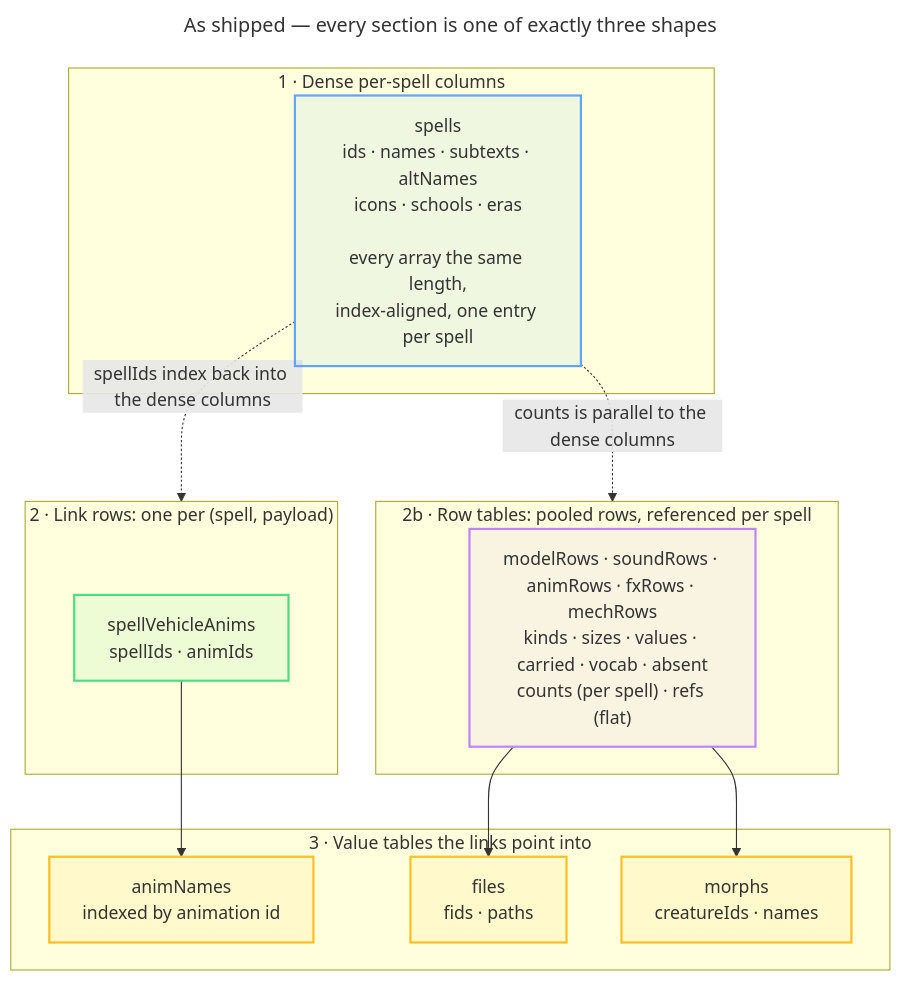
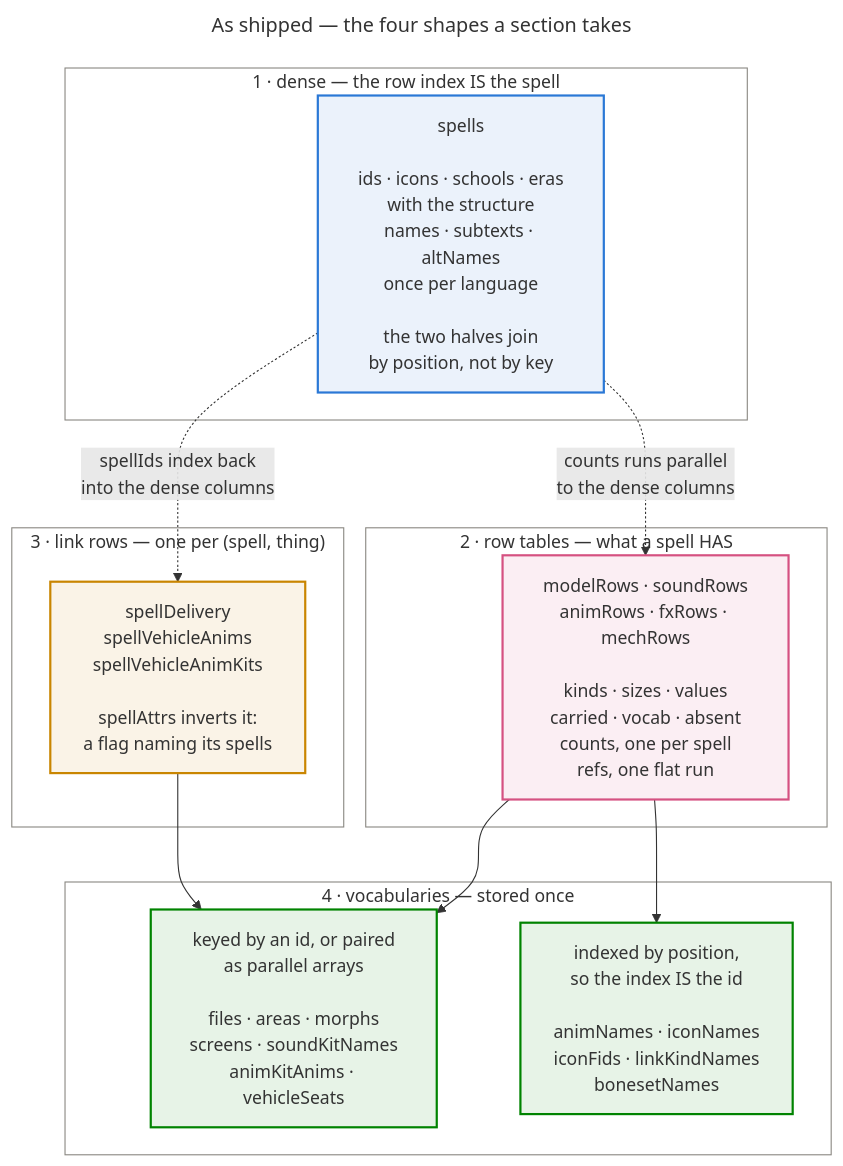
Before and after one commit to Natans8/Epsilook: the sixth of 12 diagrams in docs/DATA_ROUTES.md, drawn with Mermaid. The commit also changed other lines of this file, not shown here.

````diff
--- a/docs/DATA_ROUTES.md
+++ b/docs/DATA_ROUTES.md
@@ -428,41 +519,50 @@
 ```mermaid
 ---
-title: As shipped — every section is one of exactly three shapes
+title: As shipped — the four shapes a section takes
 ---
 flowchart TD
-    accTitle: The pack's three section shapes
+    accTitle: The pack's four section shapes
     accDescr {
-      Dense per-spell columns are indexed by spell. Link rows carry one row per spell and
-      payload, keyed back to the dense columns. Value tables hold a name or path once and are
-      pointed into by the link rows.
+      One dense section is indexed by spell, and it is split across modules so a language
+      is one file rather than a second copy of every id. Five row tables pool the distinct rows a
+      spell can have more than one of and reference them per spell. Four link sections carry one
+      row per spell and payload. Everything else is a vocabulary stored once and pointed into,
+      either keyed by an id or indexed by its own position.
     }
 
-    subgraph A["1 · Dense per-spell columns"]
-        A1["spells<br/>ids · names · subtexts · altNames<br/>icons · schools · eras<br/><br/>every array the same length,<br/>index-aligned, one entry per spell"]
+    subgraph A["1 · dense — the row index IS the spell"]
+        A1["spells<br/><br/>ids · icons · schools · eras<br/>with the structure<br/>names · subtexts · altNames<br/>once per language<br/><br/>the two halves join<br/>by position, not by key"]
     end
-    subgraph B["2 · Link rows: one per (spell, payload)"]
-        B1["spellVehicleAnims<br/>spellIds · animIds"]
+    subgraph R["2 · row tables — what a spell HAS"]
+        R1["modelRows · soundRows<br/>animRows · fxRows · mechRows<br/><br/>kinds · sizes · values<br/>carried · vocab · absent<br/>counts, one per spell<br/>refs, one flat run"]
     end
-    subgraph R["2b · Row tables: pooled rows, referenced per spell"]
-        R1["modelRows · soundRows · animRows · fxRows · mechRows<br/>kinds · sizes · values · carried · vocab · absent<br/>counts (per spell) · refs (flat)"]
+    subgraph B["3 · link rows — one per (spell, thing)"]
+        B1["spellDelivery<br/>spellVehicleAnims<br/>spellVehicleAnimKits<br/><br/>spellAttrs inverts it:<br/>a flag naming its spells"]
     end
-    subgraph C["3 · Value tables the links point into"]
-        C1["animNames<br/>indexed by animation id"]
-        C2["files<br/>fids · paths"]
-        C3["morphs<br/>creatureIds · names"]
+    subgraph C["4 · vocabularies — stored once"]
+        C1["keyed by an id, or paired<br/>as parallel arrays<br/><br/>files · areas · morphs<br/>screens · soundKitNames<br/>animKitAnims · vehicleSeats"]
+        C2["indexed by position,<br/>so the index IS the id<br/><br/>animNames · iconNames<br/>iconFids · linkKindNames<br/>bonesetNames"]
     end
-    A1 -. "spellIds index back into the dense columns" .-> B
-    A1 -. "counts is parallel to the dense columns" .-> R
+
+    A1 -."counts runs parallel<br/>to the dense columns".-> R1
+    A1 -."spellIds index back<br/>into the dense columns".-> B1
+    R1 --> C1
+    R1 --> C2
     B1 --> C1
-    R1 --> C2
-    R1 --> C3
 
-    classDef dense fill:#60a5fa18,stroke:#60a5fa,stroke-width:2px
-    classDef link fill:#4ade8018,stroke:#4ade80,stroke-width:2px
-    classDef value fill:#fbbf2418,stroke:#fbbf24,stroke-width:2px
-    classDef row fill:#c084fc18,stroke:#c084fc,stroke-width:2px
+    %% Same four validated hues as the pipeline diagram, in the same slot order;
+    %% here they group section shapes rather than pipeline stages, and each
+    %% subgraph title names its group so the colour is never the only signal.
+    %% The groups themselves are drawn as a hairline on no fill, so the page's
+    %% own background shows through whichever theme it is.
+    classDef dense fill:#2a78d618,stroke:#2a78d6,stroke-width:2px
+    classDef row fill:#d5518118,stroke:#d55181,stroke-width:2px
+    classDef link fill:#c9850018,stroke:#c98500,stroke-width:2px
+    classDef value fill:#00830018,stroke:#008300,stroke-width:2px
+    classDef group fill:none,stroke:#898781,stroke-width:1px
     class A1 dense
+    class R1 row
     class B1 link
-    class R1 row
-    class C1,C2,C3 value
+    class C1,C2 value
+    class A,R,B,C group
 ```
````
